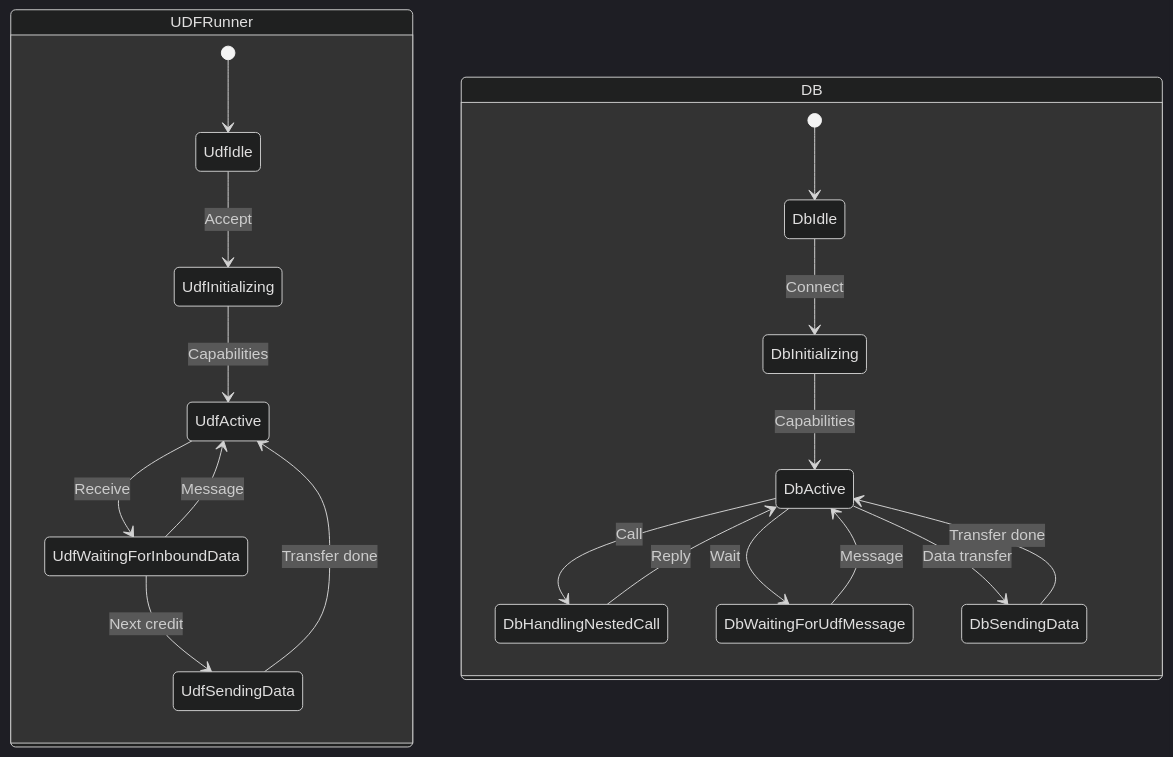
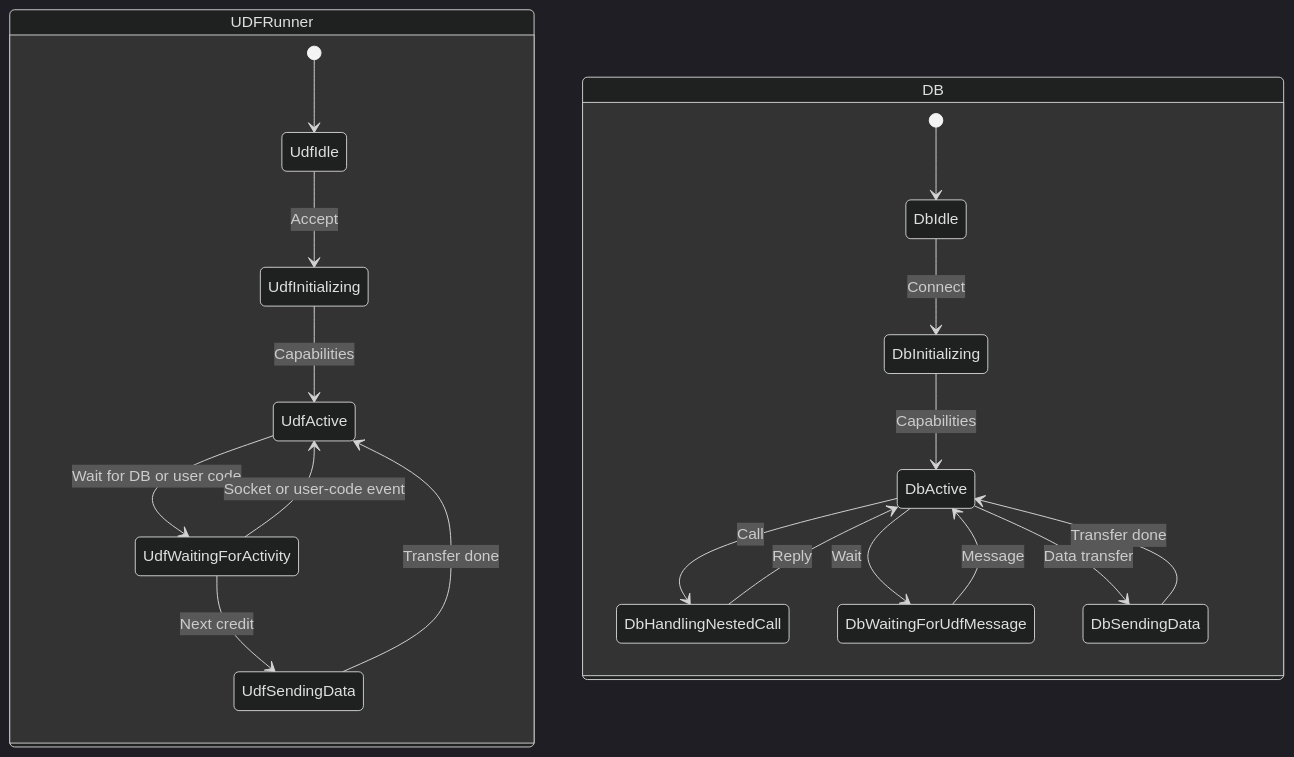
The diagram in doc/design/v2/protocol/high_level/endpoint_scheduling.mmd (exasol/udf-runner-cpp), drawn with Mermaid (dark theme) before and after one commit. The commit also changed 12 other files, not shown here.

```diff
--- a/doc/design/v2/protocol/high_level/endpoint_scheduling.mmd
+++ b/doc/design/v2/protocol/high_level/endpoint_scheduling.mmd
@@ -1,22 +1,22 @@
 stateDiagram-v2
     state "UDFRunner" as UDF {
         [*] --> UdfIdle
         UdfIdle --> UdfInitializing: Accept
         UdfInitializing --> UdfActive: Capabilities
-        UdfActive --> UdfWaitingForInboundData: Receive
-        UdfWaitingForInboundData --> UdfSendingData: Next credit
+        UdfActive --> UdfWaitingForActivity: Wait for DB or user code
+        UdfWaitingForActivity --> UdfSendingData: Next credit
         UdfSendingData --> UdfActive: Transfer done
-        UdfWaitingForInboundData --> UdfActive: Message
+        UdfWaitingForActivity --> UdfActive: Socket or user-code event
     }
 
     state "DB" as DB {
         [*] --> DbIdle
         DbIdle --> DbInitializing: Connect
         DbInitializing --> DbActive: Capabilities
         DbActive --> DbHandlingNestedCall: Call
         DbHandlingNestedCall --> DbActive: Reply
         DbActive --> DbWaitingForUdfMessage: Wait
         DbWaitingForUdfMessage --> DbActive: Message
         DbActive --> DbSendingData: Data transfer
         DbSendingData --> DbActive: Transfer done
     }
```
